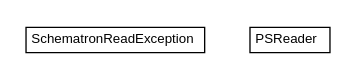
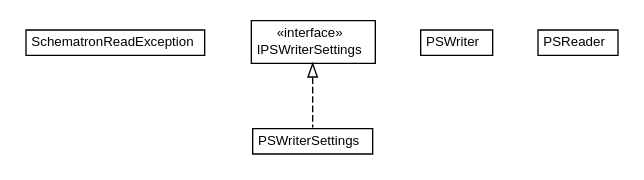
Before and after one commit to phax/ph-schematron: the diagram in site/apidocs/com/helger/schematron/pure/exchange/com.helger.schematron.pure.exchange.dot, drawn with Graphviz. The commit also changed 896 other files, not shown here.

```diff
--- a/site/apidocs/com/helger/schematron/pure/exchange/com.helger.schematron.pure.exchange.dot
+++ b/site/apidocs/com/helger/schematron/pure/exchange/com.helger.schematron.pure.exchange.dot
@@ -1,24 +1,45 @@
 #!/usr/local/bin/dot
 #
 # Class diagram 
 # Generated by UMLGraph version 5.1 (http://www.umlgraph.org/)
 #
 
 digraph G {
 	edge [fontname="arial",fontsize=10,labelfontname="arial",labelfontsize=10];
 	node [fontname="arial",fontsize=10,shape=plaintext];
 	nodesep=0.25;
 	ranksep=0.5;
 	// com.helger.schematron.pure.exchange.SchematronReadException
-	c812 [label=<<table title="com.helger.schematron.pure.exchange.SchematronReadException" border="0" cellborder="1" cellspacing="0" cellpadding="2" port="p" href="./SchematronReadException.html">
+	c841 [label=<<table title="com.helger.schematron.pure.exchange.SchematronReadException" border="0" cellborder="1" cellspacing="0" cellpadding="2" port="p" href="./SchematronReadException.html">
 		<tr><td><table border="0" cellspacing="0" cellpadding="1">
 <tr><td align="center" balign="center"> SchematronReadException </td></tr>
 		</table></td></tr>
 		</table>>, fontname="arial", fontcolor="black", fontsize=10.0];
+	// com.helger.schematron.pure.exchange.PSWriterSettings
+	c842 [label=<<table title="com.helger.schematron.pure.exchange.PSWriterSettings" border="0" cellborder="1" cellspacing="0" cellpadding="2" port="p" href="./PSWriterSettings.html">
+		<tr><td><table border="0" cellspacing="0" cellpadding="1">
+<tr><td align="center" balign="center"> PSWriterSettings </td></tr>
+		</table></td></tr>
+		</table>>, fontname="arial", fontcolor="black", fontsize=10.0];
+	// com.helger.schematron.pure.exchange.PSWriter
+	c843 [label=<<table title="com.helger.schematron.pure.exchange.PSWriter" border="0" cellborder="1" cellspacing="0" cellpadding="2" port="p" href="./PSWriter.html">
+		<tr><td><table border="0" cellspacing="0" cellpadding="1">
+<tr><td align="center" balign="center"> PSWriter </td></tr>
+		</table></td></tr>
+		</table>>, fontname="arial", fontcolor="black", fontsize=10.0];
 	// com.helger.schematron.pure.exchange.PSReader
-	c813 [label=<<table title="com.helger.schematron.pure.exchange.PSReader" border="0" cellborder="1" cellspacing="0" cellpadding="2" port="p" href="./PSReader.html">
+	c844 [label=<<table title="com.helger.schematron.pure.exchange.PSReader" border="0" cellborder="1" cellspacing="0" cellpadding="2" port="p" href="./PSReader.html">
 		<tr><td><table border="0" cellspacing="0" cellpadding="1">
 <tr><td align="center" balign="center"> PSReader </td></tr>
 		</table></td></tr>
 		</table>>, fontname="arial", fontcolor="black", fontsize=10.0];
+	// com.helger.schematron.pure.exchange.IPSWriterSettings
+	c845 [label=<<table title="com.helger.schematron.pure.exchange.IPSWriterSettings" border="0" cellborder="1" cellspacing="0" cellpadding="2" port="p" href="./IPSWriterSettings.html">
+		<tr><td><table border="0" cellspacing="0" cellpadding="1">
+<tr><td align="center" balign="center"> &#171;interface&#187; </td></tr>
+<tr><td align="center" balign="center"> IPSWriterSettings </td></tr>
+		</table></td></tr>
+		</table>>, fontname="arial", fontcolor="black", fontsize=10.0];
+	//com.helger.schematron.pure.exchange.PSWriterSettings implements com.helger.schematron.pure.exchange.IPSWriterSettings
+	c845:p -> c842:p [dir=back,arrowtail=empty,style=dashed];
 }
```
